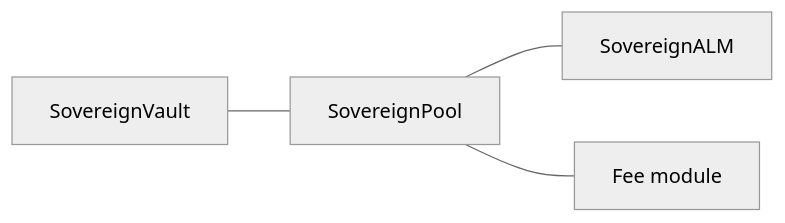
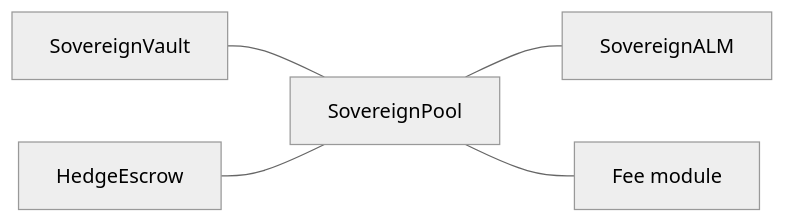
Before and after one commit to NotKrystian/DeltaFlow: the diagram in docs/deployment/pairs-and-scripts.md, drawn with Mermaid (neutral theme). The commit also changed other lines of this file and 19 other files, not shown here.

Commit message:
(docs) updated docs to correct design (feat) updated deployment to always include hedgeEscrow

````diff
--- a/docs/deployment/pairs-and-scripts.md
+++ b/docs/deployment/pairs-and-scripts.md
@@ -5,10 +5,12 @@
 ```mermaid
 flowchart LR
   V[SovereignVault]
   P[SovereignPool]
   A[SovereignALM]
   F[Fee module]
+  H[HedgeEscrow]
   V --- P
   P --- A
   P --- F
+  H --- P
 ```
````
